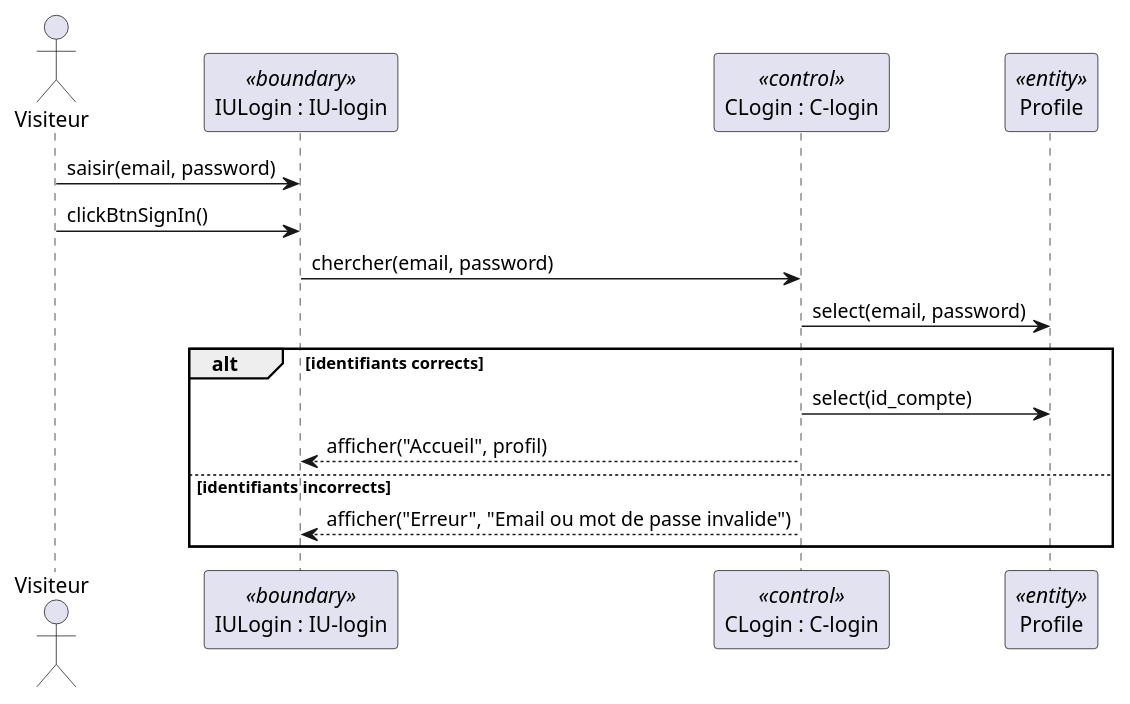
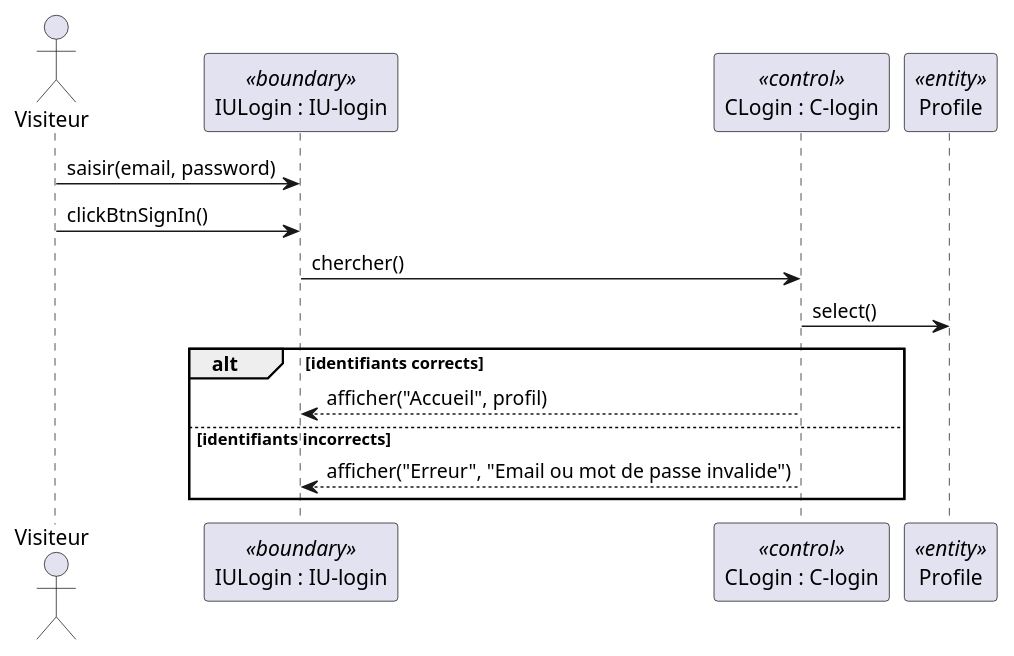
The diagram in Desktop/rapport/sequence/login.puml (benslimenmohamedaziz3-bot/diagrammes), drawn with PlantUML before and after one commit. The commit also changed 17 other files, not shown here.

```diff
--- a/Desktop/rapport/sequence/login.puml
+++ b/Desktop/rapport/sequence/login.puml
@@ -1,24 +1,23 @@
 @startuml
 skinparam style robustness
 
 actor Visiteur
 participant "IULogin : IU-login" as IU <<boundary>>
 participant "CLogin : C-login" as C <<control>>
 participant "Profile" as E2 <<entity>>
 
 Visiteur -> IU : saisir(email, password)
 Visiteur -> IU : clickBtnSignIn()
 
-IU -> C : chercher(email, password)
-C -> E2 : select(email, password)
+IU -> C : chercher()
+C -> E2 : select()
 
 
 alt identifiants corrects
-    C -> E2 : select(id_compte)
     C --> IU : afficher("Accueil", profil)
 else identifiants incorrects
     C --> IU : afficher("Erreur", "Email ou mot de passe invalide")
 end
 
 
 @enduml
```
